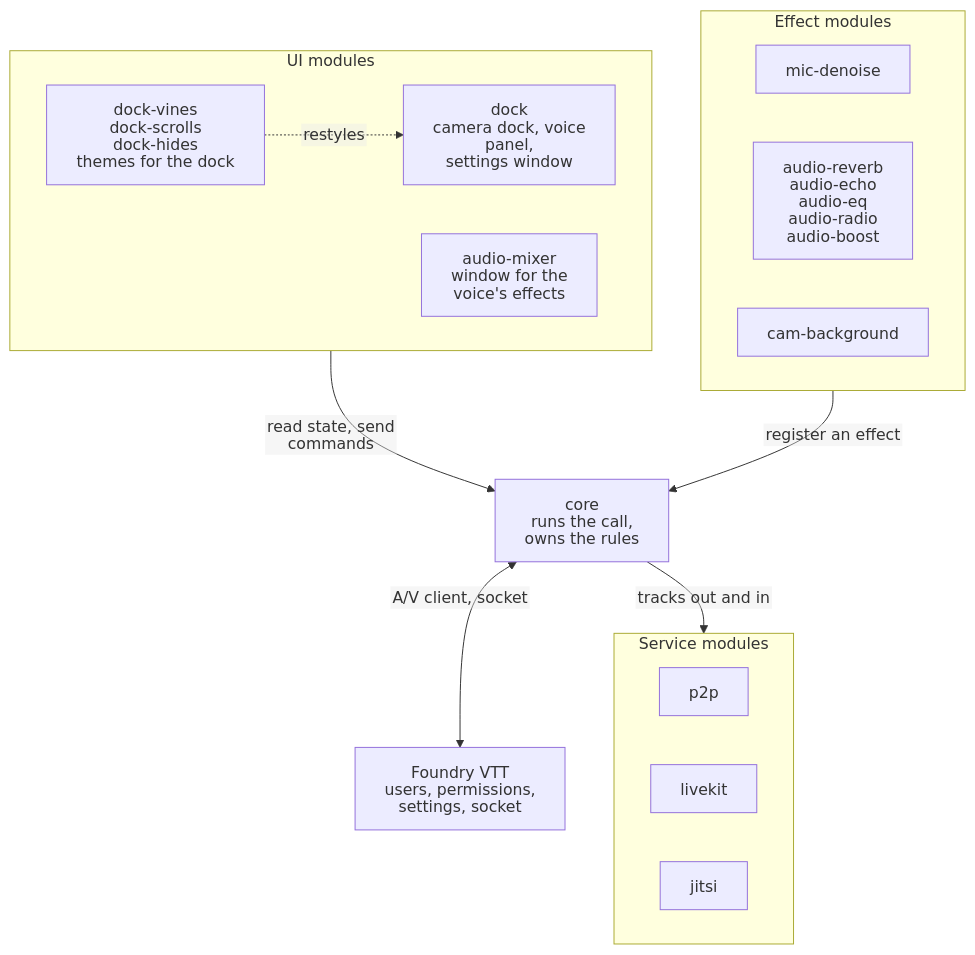
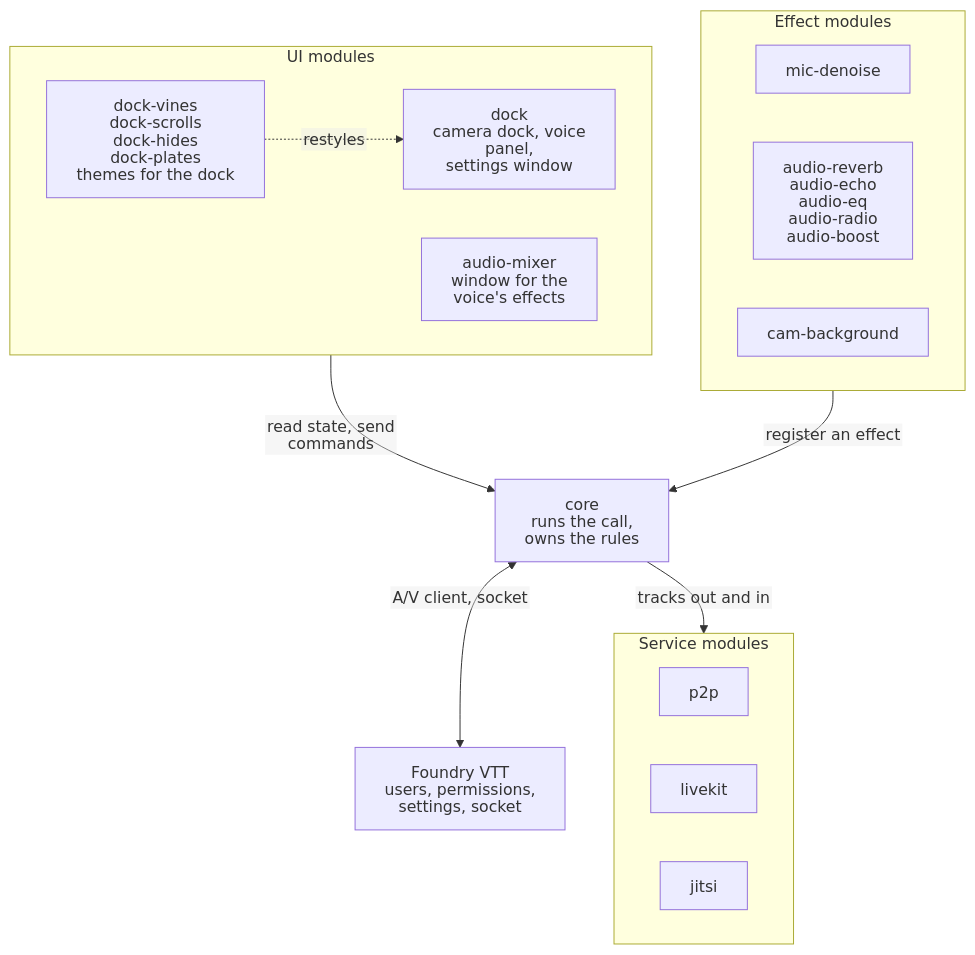
The first of 5 diagrams in docs/ARCHITECTURE.md (Affid/modular-av), drawn with Mermaid before and after one commit. The commit also changed other lines of this file and 76 other files, not shown here.

First line of the commit message:
feat(dock-plates): a fourth theme, Plates (a fighter's harness) (#45)

````diff
--- a/docs/ARCHITECTURE.md
+++ b/docs/ARCHITECTURE.md
@@ -11,31 +11,31 @@
 ```mermaid
 %%{init: {"htmlLabels": false, "flowchart": {"htmlLabels": false}}}%%
 flowchart TB
   subgraph ui["UI modules"]
     dock["dock<br/>camera dock, voice panel,<br/>settings window"]
     mixer["audio-mixer<br/>window for the<br/>voice's effects"]
-    theme["dock-vines<br/>dock-scrolls<br/>dock-hides<br/>themes for the dock"]
+    theme["dock-vines<br/>dock-scrolls<br/>dock-hides<br/>dock-plates<br/>themes for the dock"]
   end
 
   subgraph effects["Effect modules"]
     denoise["mic-denoise"]
     voice["audio-reverb<br/>audio-echo<br/>audio-eq<br/>audio-radio<br/>audio-boost"]
     cambg["cam-background"]
   end
 
   core["core<br/>runs the call,<br/>owns the rules"]
 
   subgraph services["Service modules"]
     p2p["p2p"]
     livekit["livekit"]
     jitsi["jitsi"]
   end
 
   foundry["Foundry VTT<br/>users, permissions,<br/>settings, socket"]
 
   ui -- "read state, send commands" --> core
   effects -- "register an effect" --> core
   core -- "tracks out and in" --> services
   core <-- "A/V client, socket" --> foundry
   theme -. "restyles" .-> dock
 ```
````
